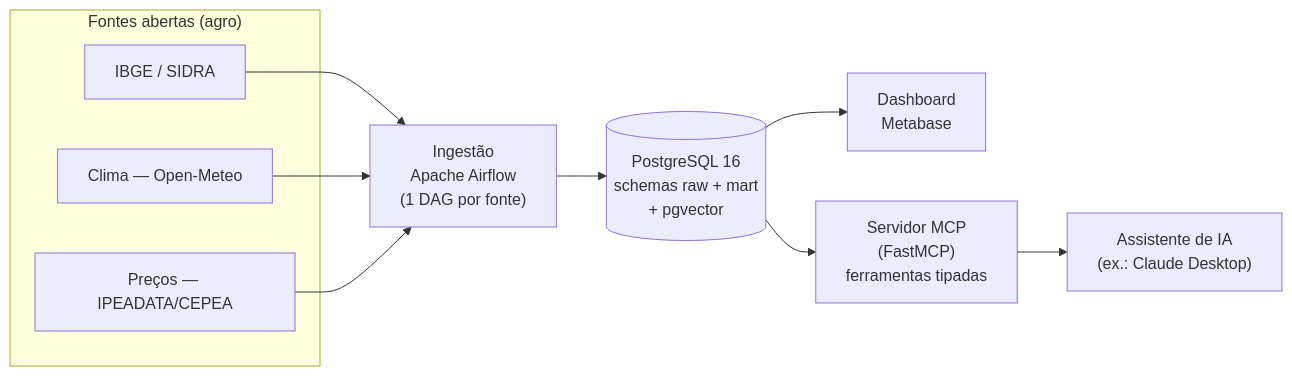
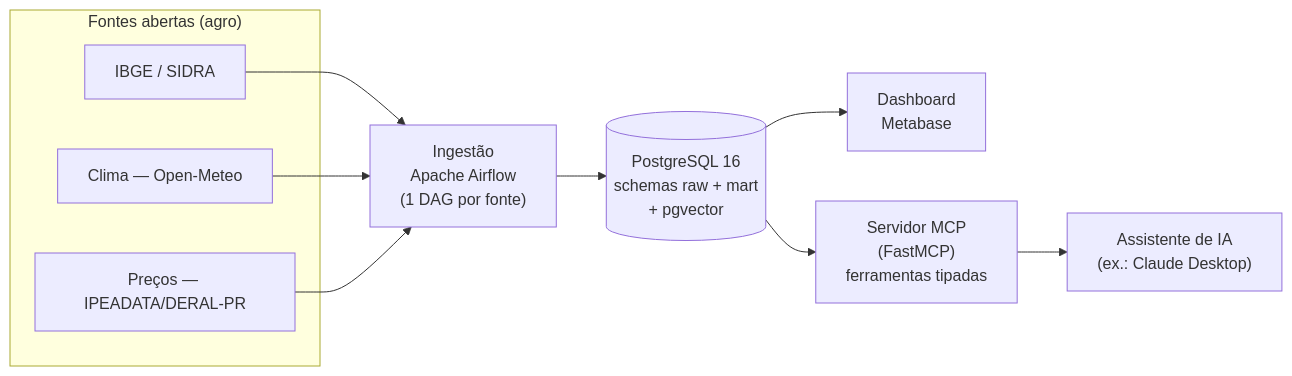
The diagram in README.md (jonasrpacheco86/agrodata), drawn with Mermaid before and after one commit. The commit also changed other lines of this file and 14 other files, not shown here.

First line of the commit message:
Fase 2: clima (Open-Meteo) + precos (IPEADATA/DERAL-PR) + 3 indicadores + CI

````diff
--- a/README.md
+++ b/README.md
@@ -12,13 +14,13 @@
 ```mermaid
 flowchart LR
     subgraph Fontes["Fontes abertas (agro)"]
         A1[IBGE / SIDRA]
         A2[Clima — Open-Meteo]
-        A3[Preços — IPEADATA/CEPEA]
+        A3[Preços — IPEADATA/DERAL-PR]
     end
     A1 & A2 & A3 --> ETL["Ingestão\nApache Airflow\n(1 DAG por fonte)"]
     ETL --> DB[("PostgreSQL 16\nschemas raw + mart\n+ pgvector")]
     DB --> BI["Dashboard\nMetabase"]
     DB --> MCP["Servidor MCP\n(FastMCP)\nferramentas tipadas"]
     MCP --> IA["Assistente de IA\n(ex.: Claude Desktop)"]
 ```
````
